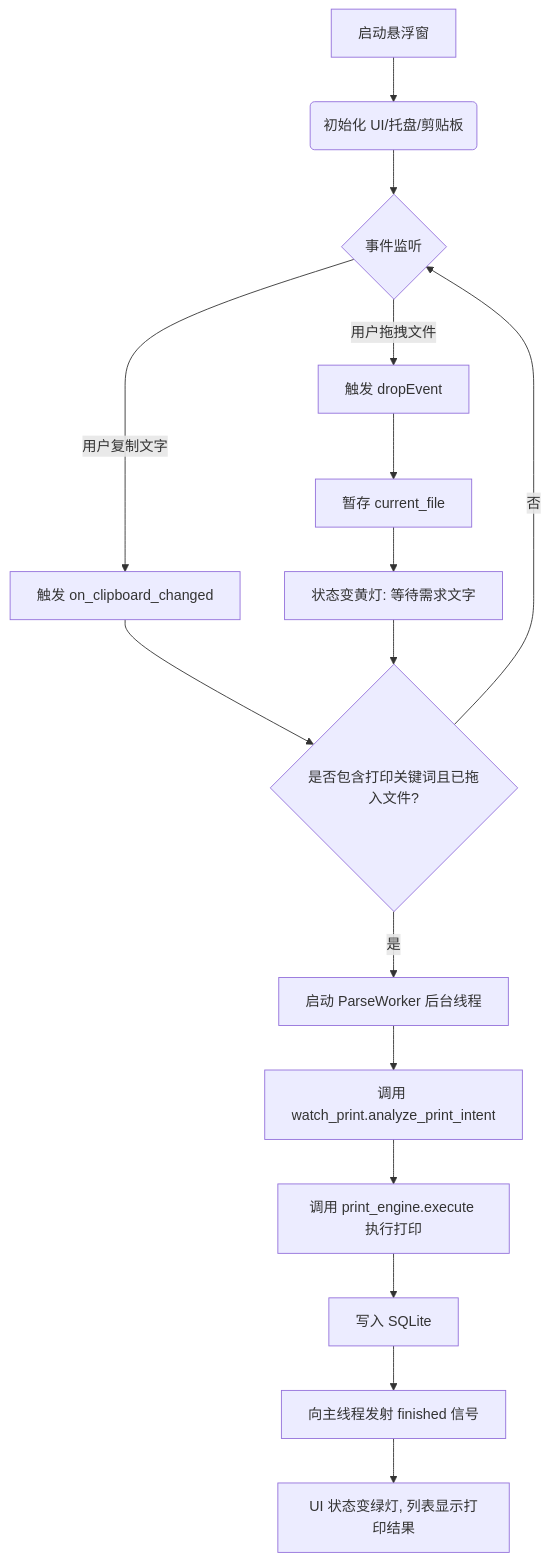
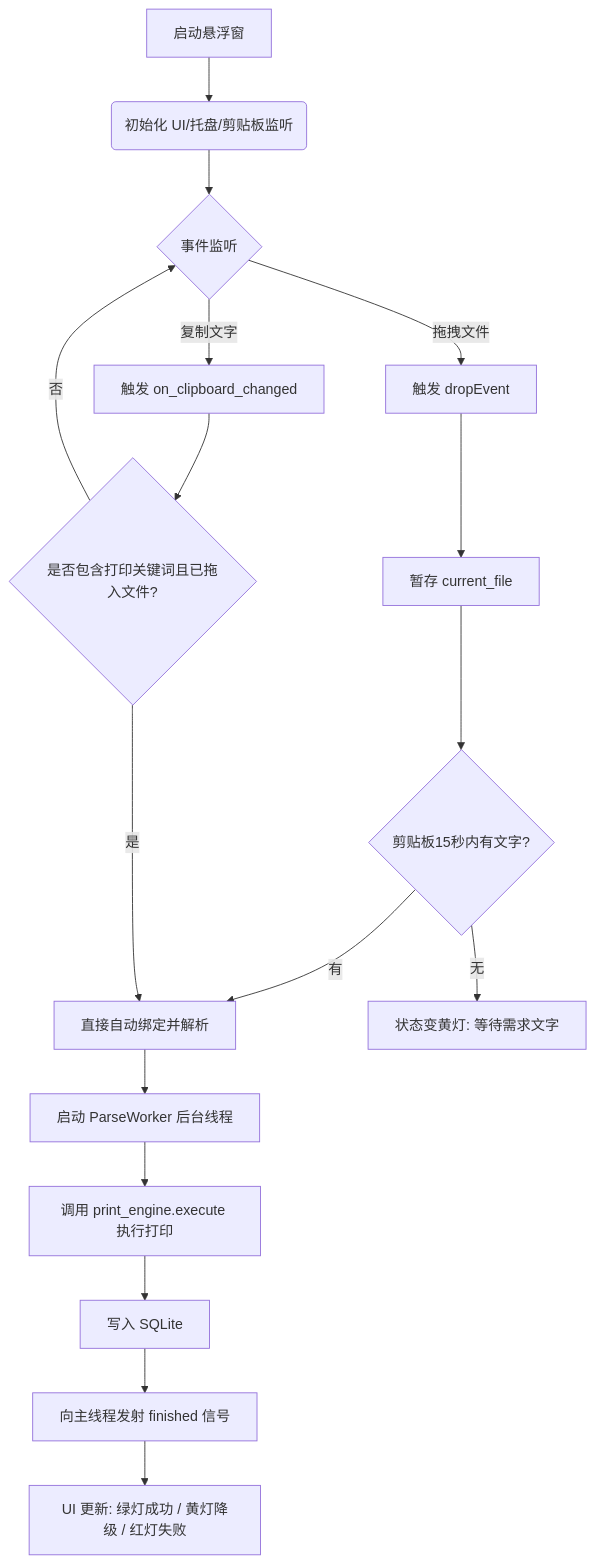
One commit to wzy106/ai_print_agent changed the first of 3 diagrams in README.md. Above: the diagram before and after it, drawn with Mermaid. The commit also changed other lines of this file and 4 other files, not shown here.

Commit message:
feat: 修复双轨制引擎Office转换与内存溢出，增加死信熔断及前端防串台时序机制，完善全链路架构图

````diff
--- a/README.md
+++ b/README.md
@@ -25,22 +25,23 @@
 ```mermaid
 graph TD
-    A[启动悬浮窗] --> B(初始化 UI/托盘/剪贴板)
-    B --> C{事件监听}
+    A["启动悬浮窗"] --> B("初始化 UI/托盘/剪贴板监听")
+    B --> C{"事件监听"}
     
-    C -->|用户拖拽文件| D[触发 dropEvent]
-    D --> E[暂存 current_file]
-    E --> F[状态变黄灯: 等待需求文字]
+    C -->|"拖拽文件"| D["触发 dropEvent"]
+    D --> E["暂存 current_file"]
+    E --> F{"剪贴板15秒内有文字?"}
     
-    C -->|用户复制文字| G[触发 on_clipboard_changed]
-    G --> H{是否包含打印关键词且已拖入文件?}
+    F -->|"有"| G["直接自动绑定并解析"]
+    F -->|"无"| H["状态变黄灯: 等待需求文字"]
     
-    F --> H
-    H -->|是| I[启动 ParseWorker 后台线程]
-    H -->|否| C
+    C -->|"复制文字"| I["触发 on_clipboard_changed"]
+    I --> J{"是否包含打印关键词且已拖入文件?"}
+    J -->|"是"| G
+    J -->|"否"| C
     
-    I --> J[调用 watch_print.analyze_print_intent]
-    J --> K[调用 print_engine.execute 执行打印]
-    K --> L[写入 SQLite]
-    L --> M[向主线程发射 finished 信号]
-    M --> N[UI 状态变绿灯, 列表显示打印结果]
+    G --> K["启动 ParseWorker 后台线程"]
+    K --> L["调用 print_engine.execute 执行打印"]
+    L --> M["写入 SQLite"]
+    M --> N["向主线程发射 finished 信号"]
+    N --> O["UI 更新: 绿灯成功 / 黄灯降级 / 红灯失败"]
 ```
````
